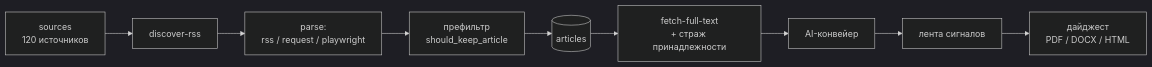
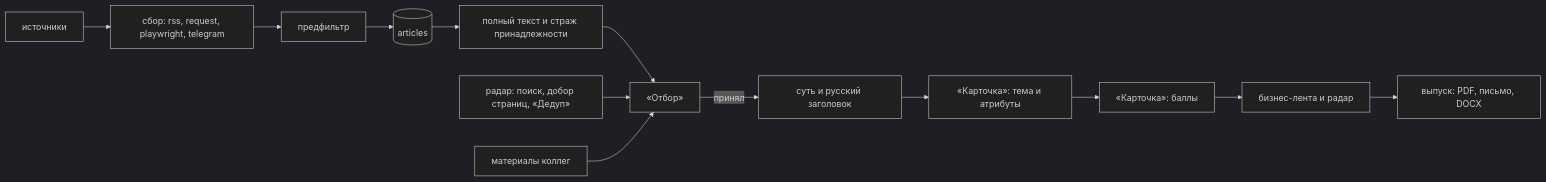
One commit to electromop/oiltech-digest changed the diagram in docs/architecture.md. Above: the diagram before and after it, drawn with Mermaid (dark theme). The commit also changed other lines of this file and 433 other files, not shown here.

````diff
--- a/docs/architecture.md
+++ b/docs/architecture.md
@@ -61,11 +78,15 @@
 ```mermaid
 flowchart LR
-  SRC["sources<br/>120 источников"] --> DISC["discover-rss"]
-  DISC --> PARSE["parse:<br/>rss / request / playwright"]
-  PARSE --> PREF["префильтр<br/>should_keep_article"]
+  SRC["источники"] --> PARSE["сбор: rss, request, playwright, telegram"]
+  PARSE --> PREF["предфильтр"]
   PREF --> ART[("articles")]
-  ART --> FULL["fetch-full-text<br/>+ страж принадлежности"]
-  FULL --> AI["AI-конвейер"]
-  AI --> UI["лента сигналов"]
-  UI --> DIG["дайджест<br/>PDF / DOCX / HTML"]
+  ART --> FULL["полный текст и страж принадлежности"]
+  FULL --> OTB["«Отбор»"]
+  RAD["радар: поиск, добор страниц, «Дедуп»"] --> OTB
+  BOT["материалы коллег"] --> OTB
+  OTB -->|принял| SUM["суть и русский заголовок"]
+  SUM --> CARD["«Карточка»: тема и атрибуты"]
+  CARD --> SC["«Карточка»: баллы"]
+  SC --> UI["бизнес-лента и радар"]
+  UI --> DIG["выпуск: PDF, письмо, DOCX"]
 ```
````
